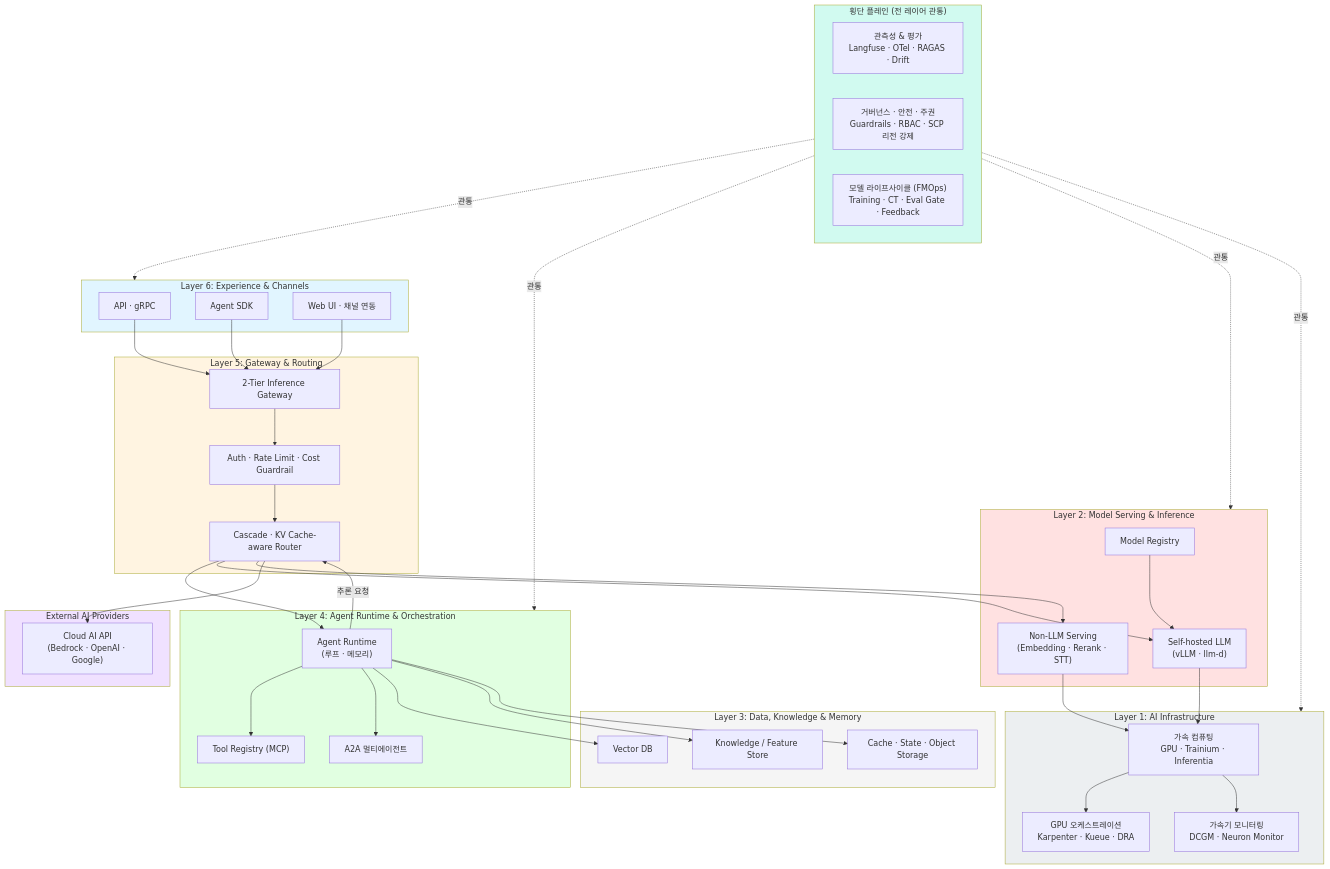
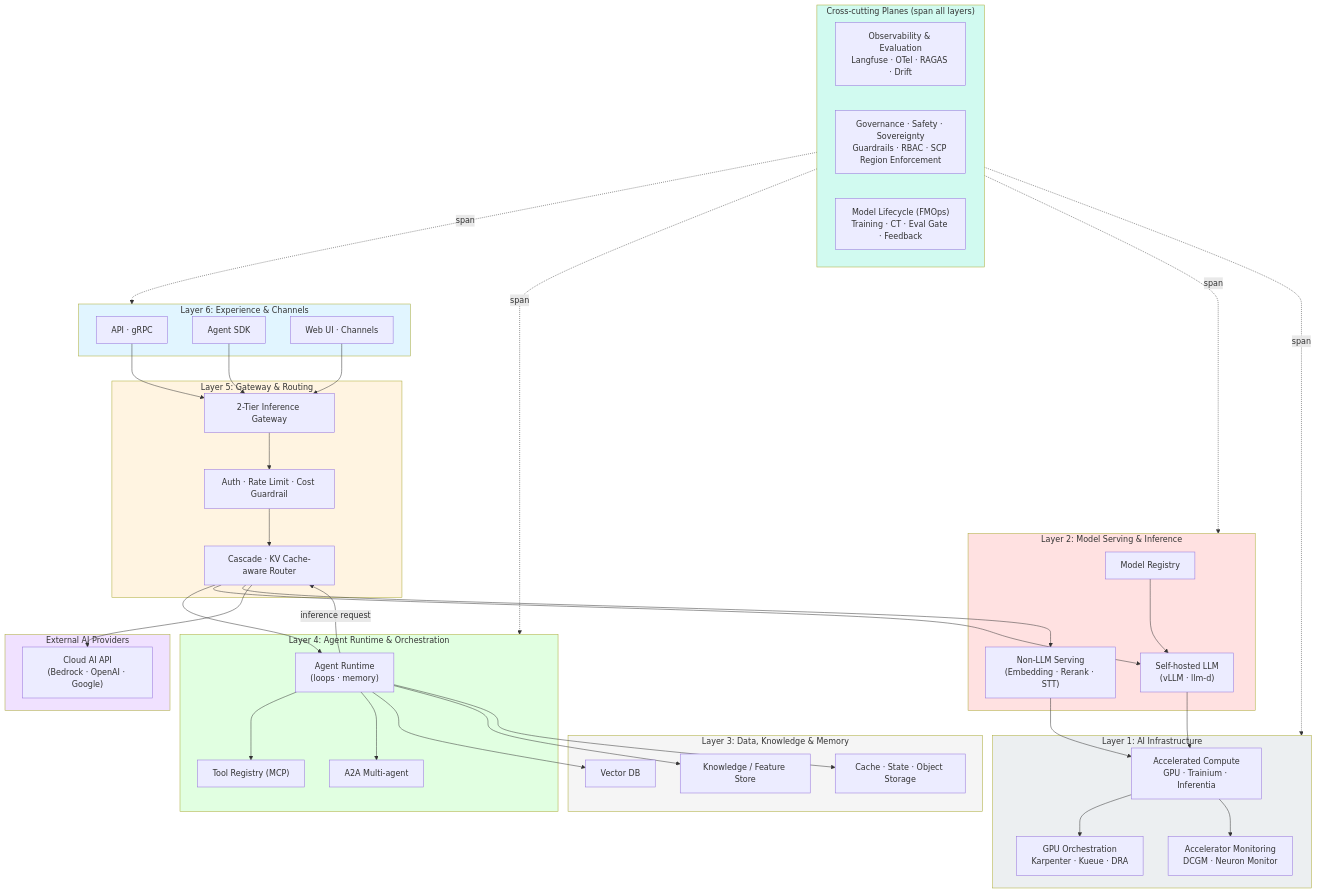
One commit to devfloor9/engineering-playbook changed the first of 10 diagrams in docs/agentic-ai-platform/design-architecture/foundations/agentic-platform-architecture.md. Above: the diagram before and after it, drawn with Mermaid. The commit also changed other lines of this file and 954 other files, not shown here.

````diff
--- a/docs/agentic-ai-platform/design-architecture/foundations/agentic-platform-architecture.md
+++ b/docs/agentic-ai-platform/design-architecture/foundations/agentic-platform-architecture.md
@@ -52,80 +52,80 @@
 ```mermaid
 flowchart TD
-    subgraph Planes["횡단 플레인 (전 레이어 관통)"]
-        OBS["관측성 & 평가<br/>Langfuse · OTel · RAGAS · Drift"]
-        GOV["거버넌스 · 안전 · 주권<br/>Guardrails · RBAC · SCP 리전 강제"]
-        FMOPS["모델 라이프사이클 (FMOps)<br/>Training · CT · Eval Gate · Feedback"]
+    subgraph Planes["Cross-cutting Planes (span all layers)"]
+        OBS["Observability & Evaluation<br/>Langfuse · OTel · RAGAS · Drift"]
+        GOV["Governance · Safety · Sovereignty<br/>Guardrails · RBAC · SCP Region Enforcement"]
+        FMOPS["Model Lifecycle (FMOps)<br/>Training · CT · Eval Gate · Feedback"]
     end
 
     subgraph L6["Layer 6: Experience & Channels"]
         CLIENT["API · gRPC"]
         SDK["Agent SDK"]
-        UI["Web UI · 채널 연동"]
+        UI["Web UI · Channels"]
     end
 
     subgraph L5["Layer 5: Gateway & Routing"]
         IGW["2-Tier Inference Gateway"]
         ROUTER["Cascade · KV Cache-aware Router"]
         AUTH["Auth · Rate Limit · Cost Guardrail"]
     end
 
     subgraph L4["Layer 4: Agent Runtime & Orchestration"]
-        AGENT["Agent Runtime<br/>(루프 · 메모리)"]
+        AGENT["Agent Runtime<br/>(loops · memory)"]
         TOOLS["Tool Registry (MCP)"]
-        A2A["A2A 멀티에이전트"]
+        A2A["A2A Multi-agent"]
     end
 
     subgraph L3["Layer 3: Data, Knowledge & Memory"]
         VECTOR["Vector DB"]
         KSTORE["Knowledge / Feature Store"]
         STATE["Cache · State · Object Storage"]
     end
 
     subgraph L2["Layer 2: Model Serving & Inference"]
         SELF_LLM["Self-hosted LLM<br/>(vLLM · llm-d)"]
         NONLLM["Non-LLM Serving<br/>(Embedding · Rerank · STT)"]
         REGISTRY["Model Registry"]
     end
 
     subgraph ExternalAI["External AI Providers"]
         PROVIDER1["Cloud AI API<br/>(Bedrock · OpenAI · Google)"]
     end
 
     subgraph L1["Layer 1: AI Infrastructure"]
-        ACCEL["가속 컴퓨팅<br/>GPU · Trainium · Inferentia"]
-        ORCH["GPU 오케스트레이션<br/>Karpenter · Kueue · DRA"]
-        ACCELOBS["가속기 모니터링<br/>DCGM · Neuron Monitor"]
+        ACCEL["Accelerated Compute<br/>GPU · Trainium · Inferentia"]
+        ORCH["GPU Orchestration<br/>Karpenter · Kueue · DRA"]
+        ACCELOBS["Accelerator Monitoring<br/>DCGM · Neuron Monitor"]
     end
 
     CLIENT & SDK & UI --> IGW
     IGW --> AUTH --> ROUTER
     ROUTER --> AGENT
     AGENT --> TOOLS
     AGENT --> A2A
     AGENT --> VECTOR
     AGENT --> KSTORE
     AGENT --> STATE
-    AGENT -->|추론 요청| ROUTER
+    AGENT -->|inference request| ROUTER
     ROUTER --> SELF_LLM
     ROUTER --> NONLLM
     ROUTER --> PROVIDER1
     SELF_LLM --> ACCEL
     NONLLM --> ACCEL
     ACCEL --> ORCH
     ACCEL --> ACCELOBS
     REGISTRY --> SELF_LLM
 
-    Planes -.->|관통| L6
-    Planes -.->|관통| L4
-    Planes -.->|관통| L2
-    Planes -.->|관통| L1
+    Planes -.->|span| L6
+    Planes -.->|span| L4
+    Planes -.->|span| L2
+    Planes -.->|span| L1
 
     style Planes fill:#d1faf0
     style L6 fill:#e1f5ff
     style L5 fill:#fff4e1
     style L4 fill:#e1ffe1
     style L3 fill:#f5f5f5
     style L2 fill:#ffe1e1
     style ExternalAI fill:#f0e1ff
     style L1 fill:#eceff1
 ```
````
